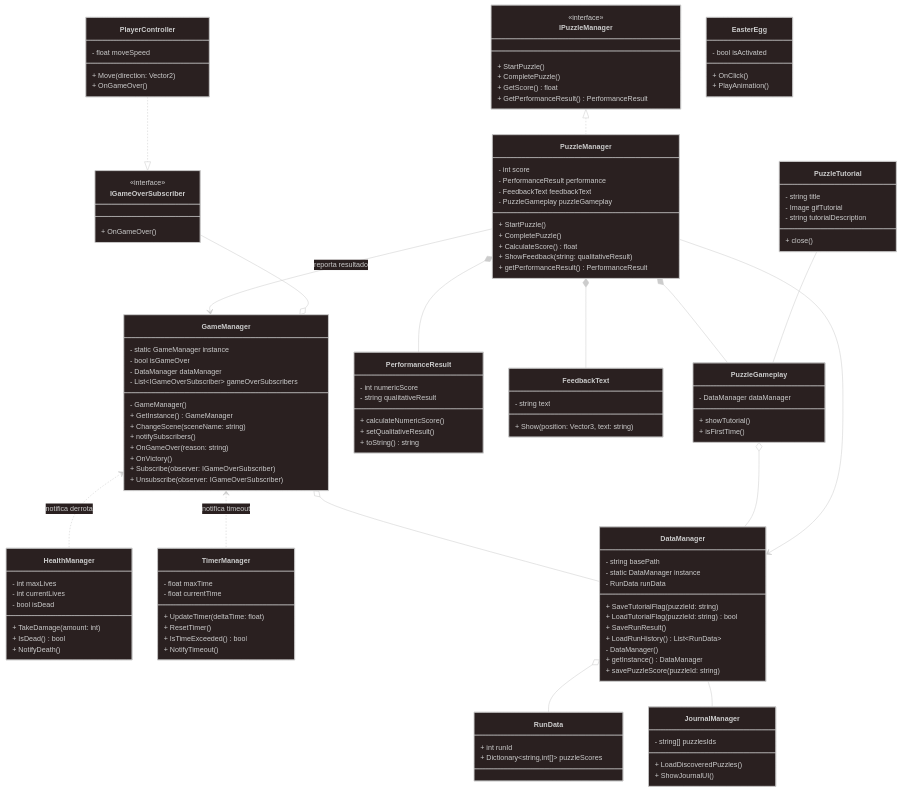
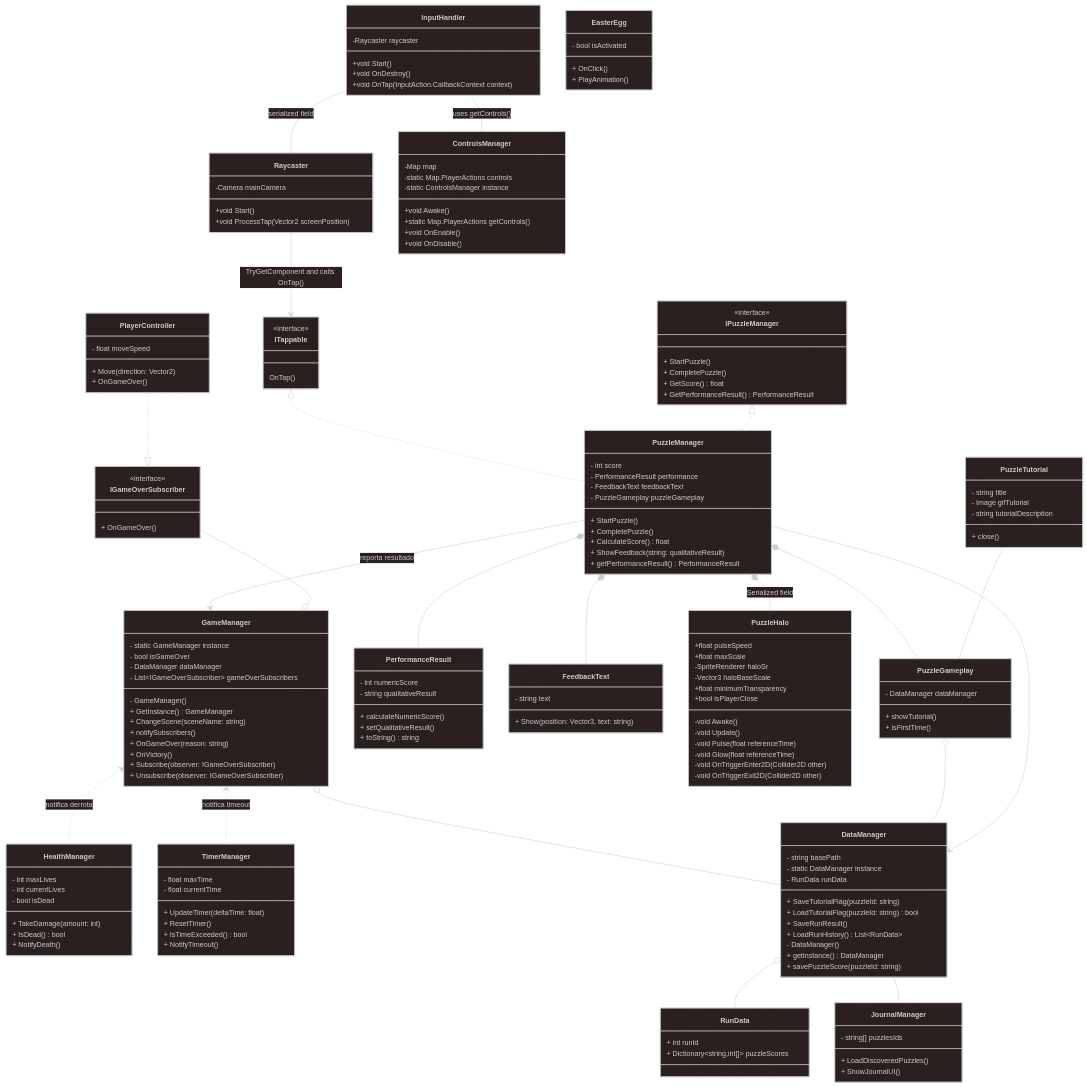
One commit to AndresFelipeMunozAguilar/Microbiology_VideoGame changed the diagram in Docs/class_diagram/core_system-class_diagram-03_01_2026.mmd. Above: the diagram before and after it, drawn with Mermaid. The commit also changed 1 other file, not shown here.

Commit message:
actualizar diagrama de clases

```diff
--- a/Docs/class_diagram/core_system-class_diagram-03_01_2026.mmd
+++ b/Docs/class_diagram/core_system-class_diagram-03_01_2026.mmd
@@ -4,6 +4,8 @@
 ---
 classDiagram
 direction TB
+	
+
     class GameManager {
 	    - static GameManager instance
 	    - bool isGameOver
@@ -34,6 +36,8 @@
 	    + NotifyDeath()
     }
 
+	
+
     class TimerManager {
 	    - float maxTime
 	    - float currentTime
@@ -47,12 +51,16 @@
 	    + OnGameOver()
     }
 
+	
+
     class IPuzzleManager {
 	    + StartPuzzle()
 	    + CompletePuzzle()
 	    + GetScore() float
 	    + GetPerformanceResult() PerformanceResult
     }
+
+	
 
     class PuzzleManager {
 	    - int score
@@ -64,6 +72,33 @@
 	    + CalculateScore() float
 	    + ShowFeedback(string: qualitativeResult)
 	    + getPerformanceResult() PerformanceResult
+    }
+
+	class ITappable{
+		OnTap()
+	}
+
+	class InputHandler {
+        -Raycaster raycaster
+        +void Start()
+        +void OnDestroy()
+        +void OnTap(InputAction.CallbackContext context)
+    }
+
+    class Raycaster {
+        -Camera mainCamera
+        +void Start()
+        +void ProcessTap(Vector2 screenPosition)
+    }
+
+    class ControlsManager {
+        -Map map
+        -static Map.PlayerActions controls
+        -static ControlsManager instance
+        +void Awake()
+        +static Map.PlayerActions getControls()
+        +void OnEnable()
+        +void OnDisable()
     }
 
     class PerformanceResult {
@@ -103,19 +138,33 @@
 	    + int runId
 	    + Dictionary~string,int[]~ puzzleScores
     }
-
+	class PuzzleHalo {
+        +float pulseSpeed
+        +float maxScale
+        -SpriteRenderer haloSr
+        -Vector3 haloBaseScale
+        +float minimumTransparency
+        +bool isPlayerClose
+        -void Awake()
+        -void Update()
+        -void Pulse(float referenceTime)
+        -void Glow(float referenceTime)
+        -void OnTriggerEnter2D(Collider2D other)
+        -void OnTriggerExit2D(Collider2D other)
+    }
     class JournalManager {
         - string[] puzzlesIds
 	    + LoadDiscoveredPuzzles()
 	    + ShowJournalUI()
     }
-
+	
     class EasterEgg {
 	    - bool isActivated
 	    + OnClick()
 	    + PlayAnimation()
     }
 
+	
     class PuzzleGameplay {
         - DataManager dataManager
 	    + showTutorial()
@@ -123,21 +172,35 @@
 
     }
 
+	
+
 	<<interface>> IGameOverSubscriber
+	<<interface>> ITappable
 	<<interface>> IPuzzleManager
-
+	
+	
     PlayerController ..|> IGameOverSubscriber
     GameManager <.. HealthManager : notifica derrota
     GameManager <.. TimerManager : notifica timeout
     IGameOverSubscriber --o GameManager
     IPuzzleManager <|.. PuzzleManager
+	ITappable <|.. PuzzleManager
     PuzzleManager *-- FeedbackText
     PuzzleManager *-- PerformanceResult
+	PuzzleManager *-- PuzzleHalo : Serialized field
     PuzzleTutorial -- PuzzleGameplay 
     PuzzleManager *-- PuzzleGameplay
+	
     PuzzleManager --> DataManager
+	
     DataManager o-- RunData
     PuzzleGameplay o-- DataManager
     DataManager -- JournalManager 
     GameManager o-- DataManager
+	
     PuzzleManager --> GameManager : reporta resultado
+
+
+	InputHandler -- Raycaster : serialized field
+    InputHandler -- ControlsManager : uses getControls()
+	Raycaster --> ITappable : TryGetComponent and calls OnTap()
```
